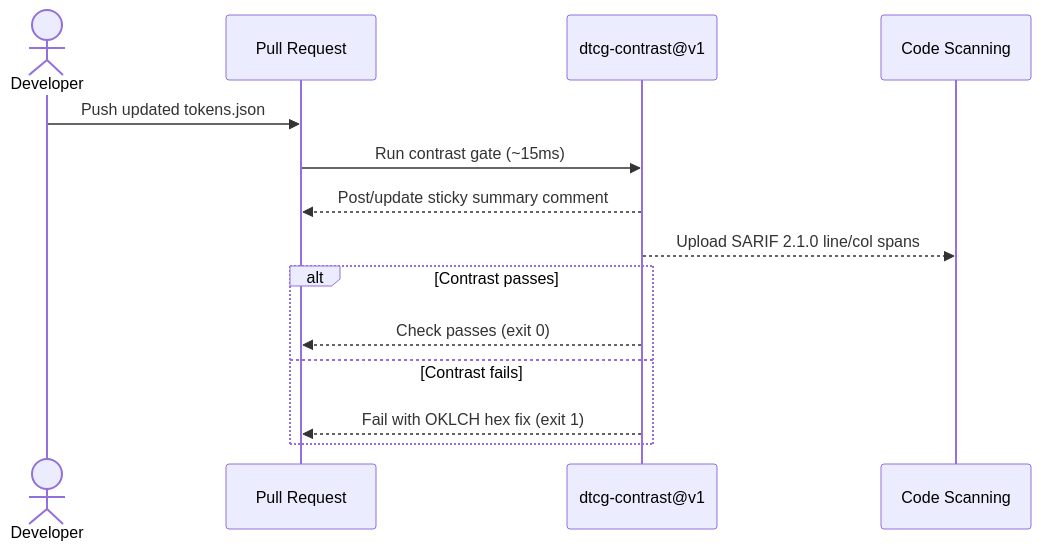
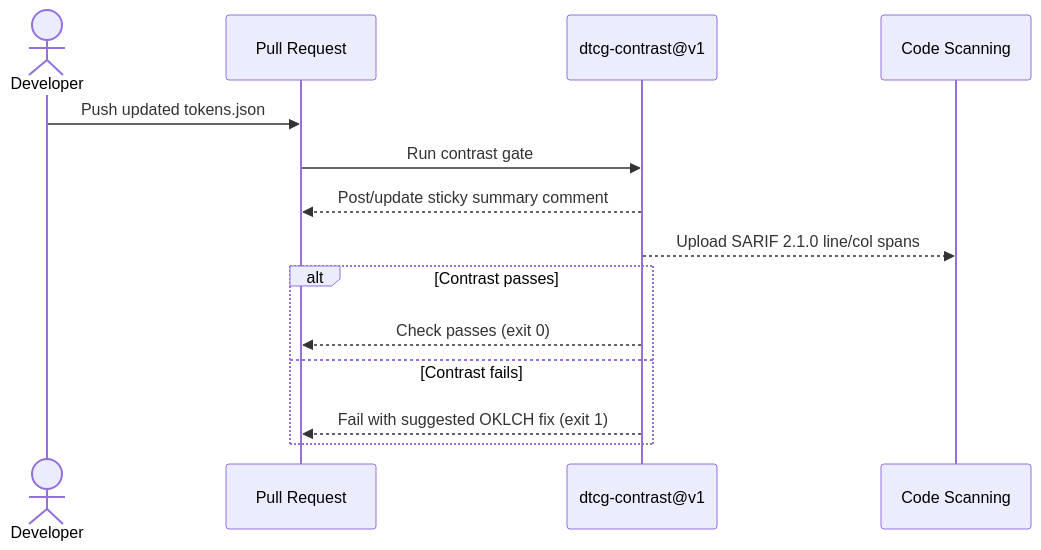
Before and after one commit to actions-marketplace-validations/voaneves_dtcg-contrast: the second of 2 diagrams in README.md, drawn with Mermaid. The commit also changed other lines of this file and 9 other files, not shown here.

Commit message:
docs(readme): apply UX review and gate README colors with dtcg-contrast

````diff
--- a/README.md
+++ b/README.md
@@ -251,16 +219,16 @@
 ```mermaid
 sequenceDiagram
   actor Dev as Developer
   participant PR as Pull Request
   participant Gate as dtcg-contrast@v1
   participant CS as Code Scanning
   Dev->>PR: Push updated tokens.json
-  PR->>Gate: Run contrast gate (~15ms)
+  PR->>Gate: Run contrast gate
   Gate-->>PR: Post/update sticky summary comment
   Gate-->>CS: Upload SARIF 2.1.0 line/col spans
   alt Contrast passes
     Gate-->>PR: Check passes (exit 0)
   else Contrast fails
-    Gate-->>PR: Fail with OKLCH hex fix (exit 1)
+    Gate-->>PR: Fail with suggested OKLCH fix (exit 1)
   end
 ```
````
